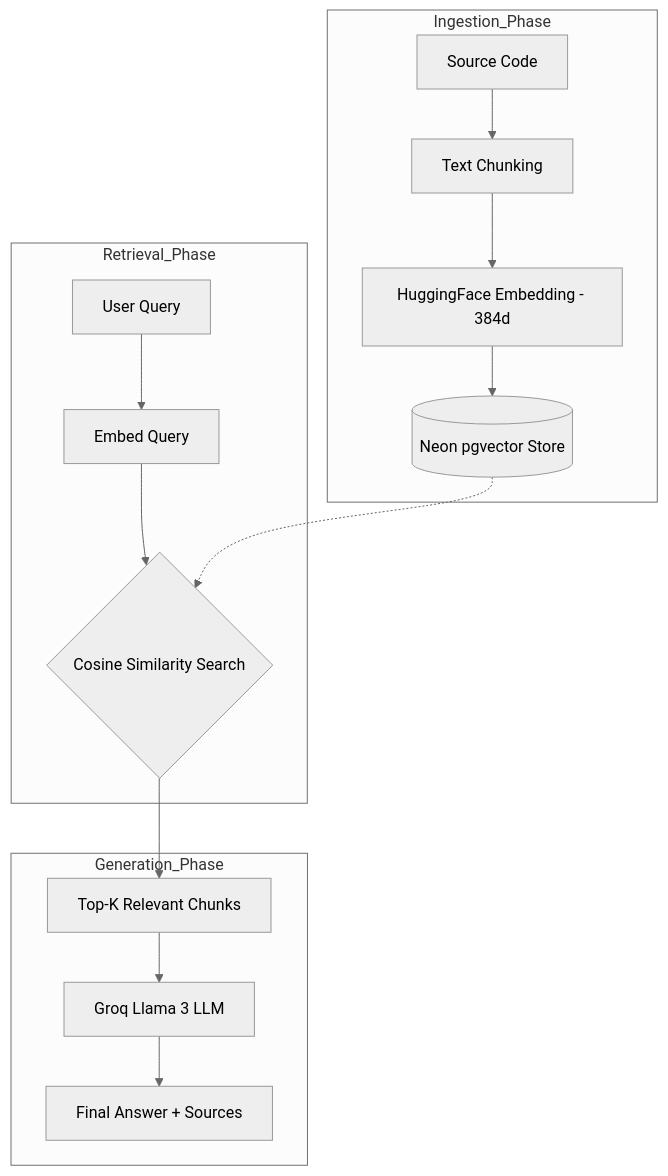
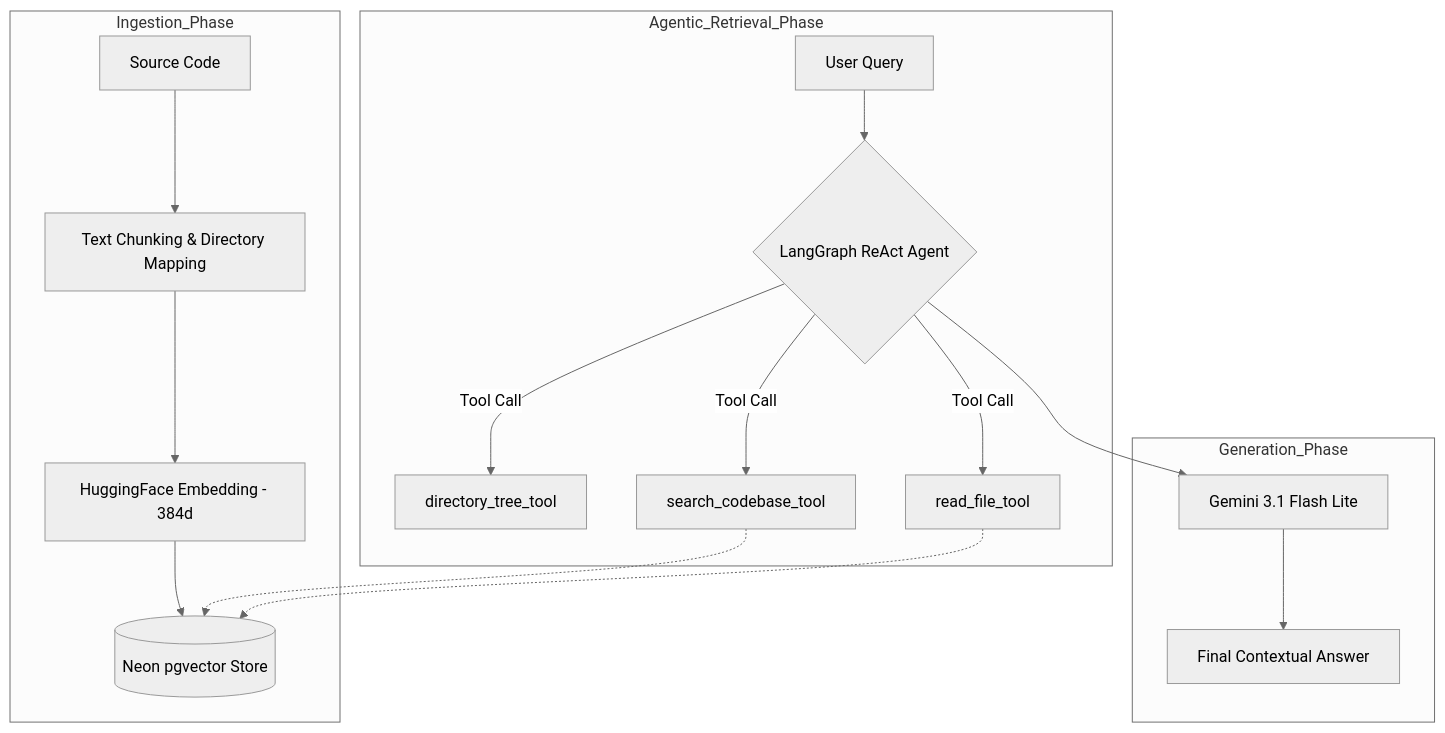
The diagram in readme.md (Pabodha-Wann/devdocs), drawn with Mermaid (neutral theme) before and after one commit. The commit also changed other lines of this file, not shown here.

Commit message:
docs: update architecture to agentic RAG with Gemini 2.5

````diff
--- a/readme.md
+++ b/readme.md
@@ -19,20 +20,22 @@
 ```mermaid
 graph TD
     subgraph Ingestion_Phase
-    A[Source Code] --> B[Text Chunking]
+    A[Source Code] --> B[Text Chunking & Directory Mapping]
     B --> C[HuggingFace Embedding - 384d]
     C --> D[(Neon pgvector Store)]
     end
 
-    subgraph Retrieval_Phase
-    E[User Query] --> F[Embed Query]
-    F --> G{Cosine Similarity Search}
-    D -.-> G
+    subgraph Agentic_Retrieval_Phase
+    E[User Query] --> F{LangGraph ReAct Agent}
+    F -->|Tool Call| G[directory_tree_tool]
+    F -->|Tool Call| H[search_codebase_tool]
+    F -->|Tool Call| I[read_file_tool]
+    H -.-> D
+    I -.-> D
     end
 
     subgraph Generation_Phase
-    G --> H[Top-K Relevant Chunks]
-    H --> I[Groq Llama 3 LLM]
-    I --> J[Final Answer + Sources]
+    F --> J[Gemini 3.1 Flash Lite]
+    J --> K[Final Contextual Answer]
     end
 ```
````
